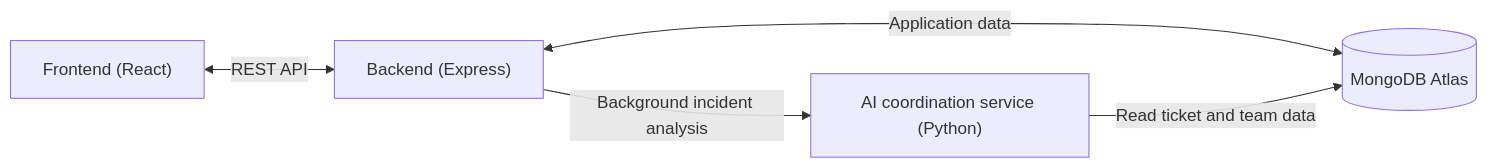
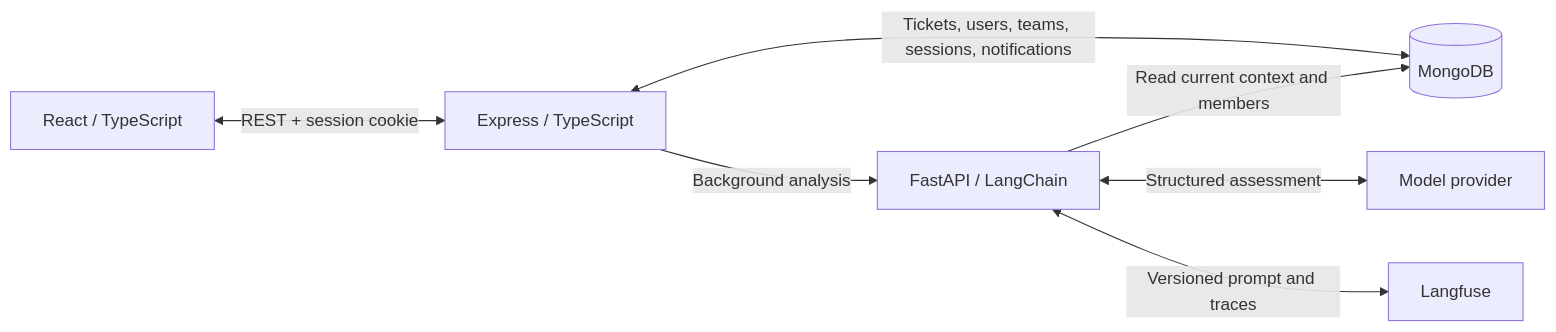
One commit to ragtag2/PaperDesk changed the diagram in README.md. Above: the diagram before and after it, drawn with Mermaid. The commit also changed other lines of this file and 23 other files, not shown here.

````diff
--- a/README.md
+++ b/README.md
@@ -9,7 +40,9 @@
 ```mermaid
 flowchart LR
-    Frontend["Frontend (React)"] <-->|REST API| Backend["Backend (Express)"]
-    Backend <-->|Application data| Database[(MongoDB Atlas)]
-    Backend -->|Background incident analysis| Agent["AI coordination service (Python)"]
-    Agent -->|Read ticket and team data| Database
+    Browser["React / TypeScript"] <-->|REST + session cookie| API["Express / TypeScript"]
+    API <-->|Tickets, users, teams, sessions, notifications| DB[(MongoDB)]
+    API -->|Background analysis| Agent["FastAPI / LangChain"]
+    Agent -->|Read current context and members| DB
+    Agent <-->|Structured assessment| Model["Model provider"]
+    Agent <-->|Versioned prompt and traces| Langfuse
 ```
````
